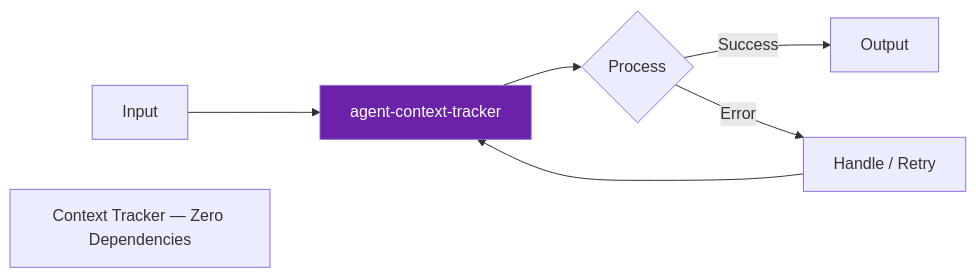
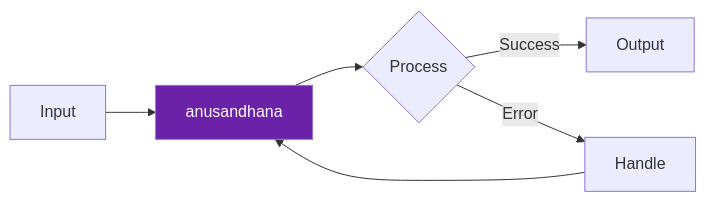
Before and after one commit to darshjme/anusandhana: the diagram in README.md, drawn with Mermaid. The commit also changed other lines of this file and 1 other file, not shown here.

First line of the commit message:
feat(vedic-v3): rename to anusandhana (अनुसंधान)

````diff
--- a/README.md
+++ b/README.md
@@ -48,10 +39,9 @@
 ```mermaid
 flowchart LR
-    A[Input] --> B[agent-context-tracker]
+    A[Input] --> B[anusandhana]
     B --> C{Process}
     C -- Success --> D[Output]
-    C -- Error --> E[Handle / Retry]
+    C -- Error --> E[Handle]
     E --> B
     style B fill:#6b21a8,color:#fff
-    note["Context Tracker — Zero Dependencies"]
 ```
````
